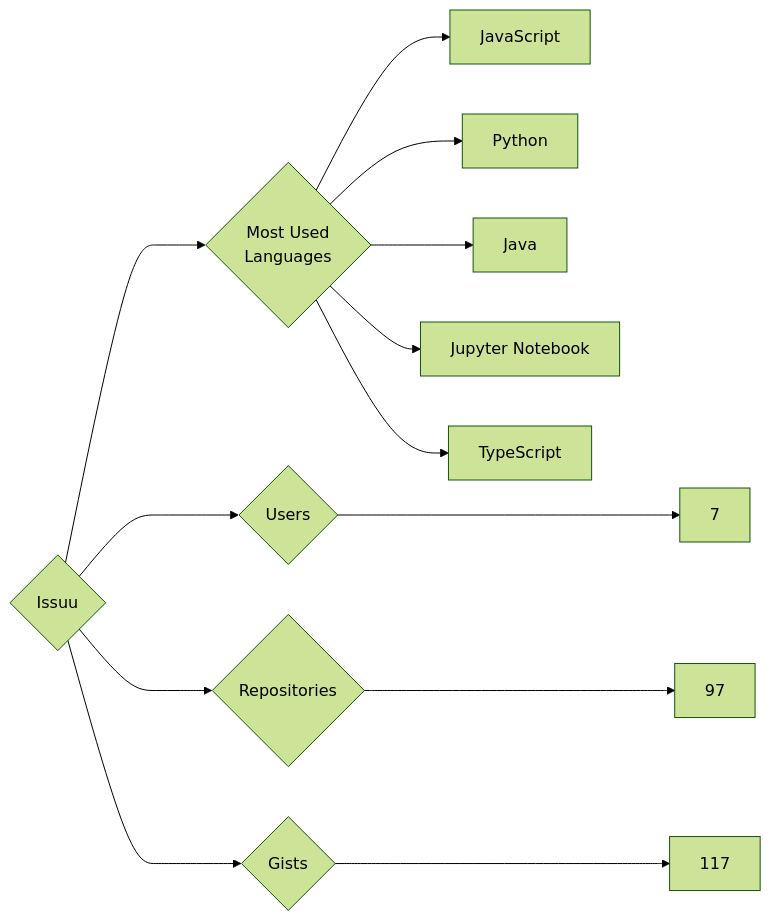
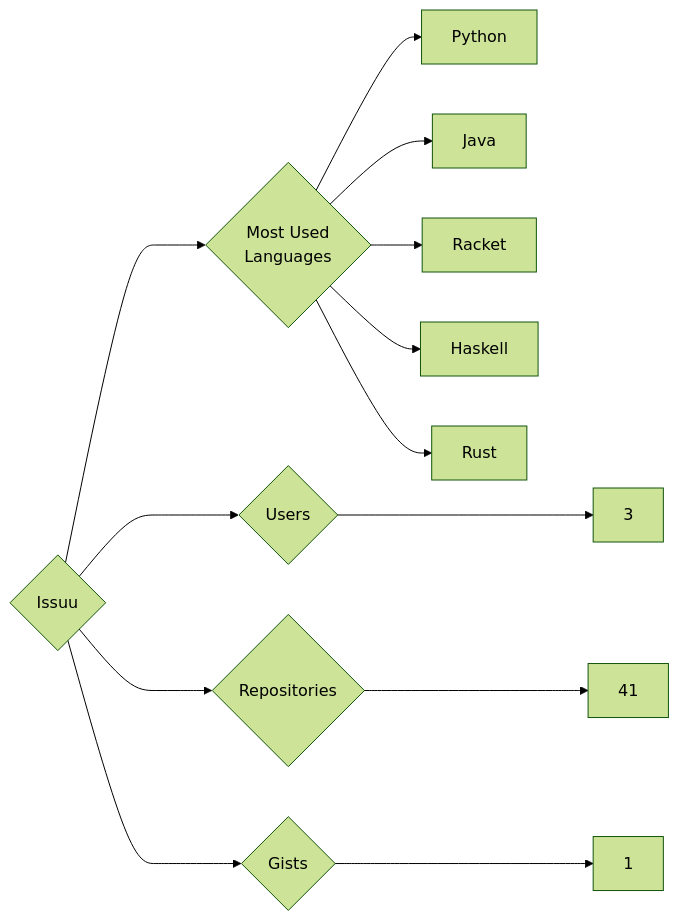
The diagram in targets/Issuu/README.md (trickest/insiders), drawn with Mermaid (forest theme) before and after one commit. The commit also changed 773 other files, not shown here.

````diff
--- a/targets/Issuu/README.md
+++ b/targets/Issuu/README.md
@@ -3,13 +3,13 @@
 ```mermaid
 graph LR
 COMPANY_NAME{Issuu}
-COMPANY_NAME ---> U{Users} ---> UN[7]
-COMPANY_NAME ---> R{Repositories} ---> RN[97]
-COMPANY_NAME ---> G{Gists} ---> GN[117]
+COMPANY_NAME ---> U{Users} ---> UN[3]
+COMPANY_NAME ---> R{Repositories} ---> RN[41]
+COMPANY_NAME ---> G{Gists} ---> GN[1]
 COMPANY_NAME ---> ML{Most Used<br>Languages}
-ML --> JavaScript[JavaScript]
 ML --> Python[Python]
 ML --> Java[Java]
-ML --> Jupyter_Notebook[Jupyter Notebook]
-ML --> TypeScript[TypeScript]
+ML --> Racket[Racket]
+ML --> Haskell[Haskell]
+ML --> Rust[Rust]
 ```
````
